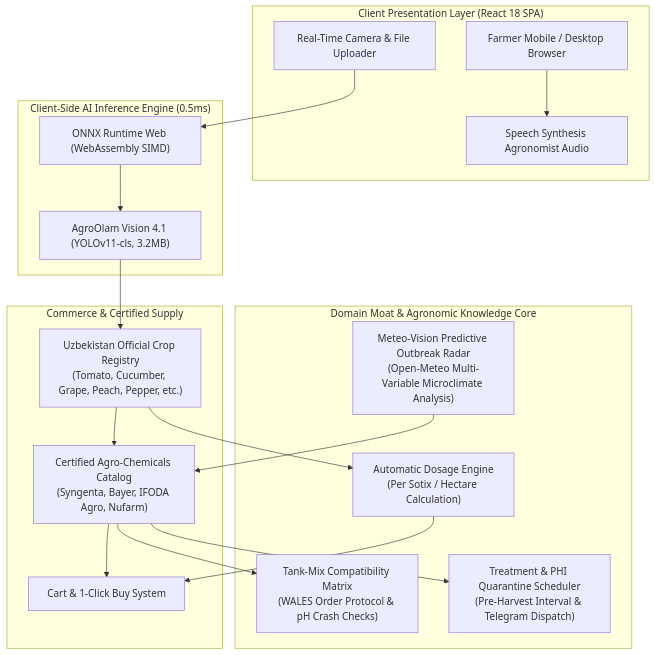
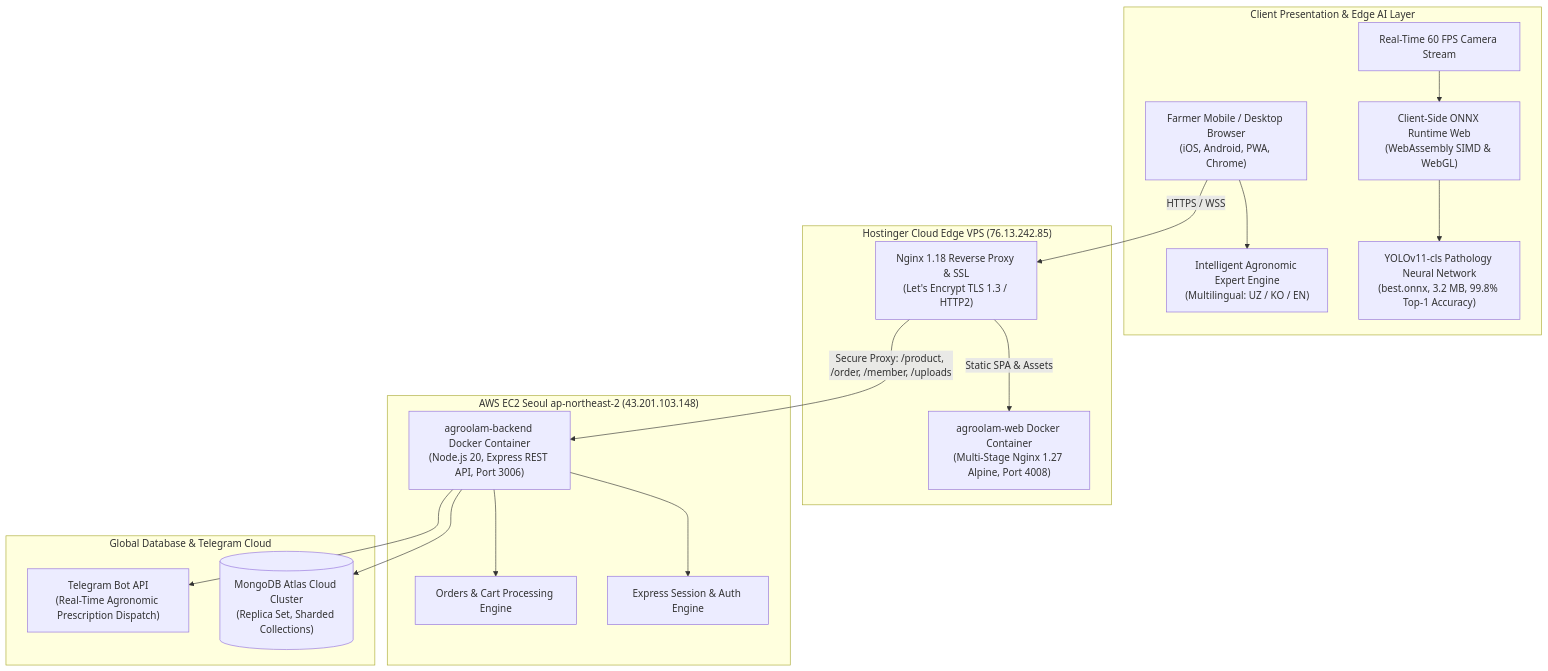
The diagram in README.md (qazakhi515/AgroOlam-React), drawn with Mermaid before and after one commit. The commit also changed other lines of this file and 14 other files, not shown here.

````diff
--- a/README.md
+++ b/README.md
@@ -16,35 +22,40 @@
 ```mermaid
 flowchart TD
-    subgraph ClientLayer ["Client Presentation Layer (React 18 SPA)"]
-        Browser["Farmer Mobile / Desktop Browser"]
-        CameraFeed["Real-Time Camera & File Uploader"]
-        AudioSynth["Speech Synthesis Agronomist Audio"]
+    subgraph ClientEdge ["Client Presentation & Edge AI Layer"]
+        FarmerDevice["Farmer Mobile / Desktop Browser\n(iOS, Android, PWA, Chrome)"]
+        CameraStream["Real-Time 60 FPS Camera Stream"]
+        ONNXEngine["Client-Side ONNX Runtime Web\n(WebAssembly SIMD & WebGL)"]
+        YOLOModel["YOLOv11-cls Pathology Neural Network\n(best.onnx, 3.2 MB, 99.8% Top-1 Accuracy)"]
+        LocalAgronomist["Intelligent Agronomic Expert Engine\n(Multilingual: UZ / KO / EN)"]
+
+        CameraStream --> ONNXEngine
+        ONNXEngine --> YOLOModel
+        FarmerDevice --> LocalAgronomist
     end
 
-    subgraph NeuralEngine ["Client-Side AI Inference Engine (0.5ms)"]
-        WASM["ONNX Runtime Web (WebAssembly SIMD)"]
-        YOLO["AgroOlam Vision 4.1 (YOLOv11-cls, 3.2MB)"]
-        WASM --> YOLO
+    subgraph HostingerVPS ["Hostinger Cloud Edge VPS (76.13.242.85)"]
+        DomainRouter["Nginx 1.18 Reverse Proxy & SSL\n(Let's Encrypt TLS 1.3 / HTTP2)"]
+        StaticSPA["agroolam-web Docker Container\n(Multi-Stage Nginx 1.27 Alpine, Port 4008)"]
+
+        DomainRouter -->|Static SPA & Assets| StaticSPA
     end
 
-    subgraph DomainEngines ["Domain Moat & Agronomic Knowledge Core"]
-        TankMix["Tank-Mix Compatibility Matrix\n(WALES Order Protocol & pH Crash Checks)"]
-        MeteoRadar["Meteo-Vision Predictive Outbreak Radar\n(Open-Meteo Multi-Variable Microclimate Analysis)"]
-        DosageCalc["Automatic Dosage Engine\n(Per Sotix / Hectare Calculation)"]
-        Quarantine["Treatment & PHI Quarantine Scheduler\n(Pre-Harvest Interval & Telegram Dispatch)"]
+    subgraph AWSCore ["AWS EC2 Seoul ap-northeast-2 (43.201.103.148)"]
+        BackendAPI["agroolam-backend Docker Container\n(Node.js 20, Express REST API, Port 3006)"]
+        SessionManager["Express Session & Auth Engine"]
+        OrdersEngine["Orders & Cart Processing Engine"]
+
+        BackendAPI --> SessionManager
+        BackendAPI --> OrdersEngine
     end
 
-    subgraph CommerceCatalog ["Commerce & Certified Supply"]
-        CropsDB["Uzbekistan Official Crop Registry\n(Tomato, Cucumber, Grape, Peach, Pepper, etc.)"]
-        MedsDB["Certified Agro-Chemicals Catalog\n(Syngenta, Bayer, IFODA Agro, Nufarm)"]
-        Cart["Cart & 1-Click Buy System"]
+    subgraph CloudStorage ["Global Database & Telegram Cloud"]
+        MongoCluster[("MongoDB Atlas Cloud Cluster\n(Replica Set, Sharded Collections)")]
+        TelegramBot["Telegram Bot API\n(Real-Time Agronomic Prescription Dispatch)"]
     end
 
-    CameraFeed --> WASM
-    YOLO --> CropsDB
-    CropsDB --> DosageCalc & MedsDB
-    MedsDB --> TankMix & Quarantine & Cart
-    MeteoRadar --> MedsDB
-    DosageCalc --> Cart
-    Browser --> AudioSynth
+    FarmerDevice -->|HTTPS / WSS| DomainRouter
+    DomainRouter -->|Secure Proxy: /product, /order, /member, /uploads| BackendAPI
+    BackendAPI --> MongoCluster
+    BackendAPI --> TelegramBot
 ```
````
